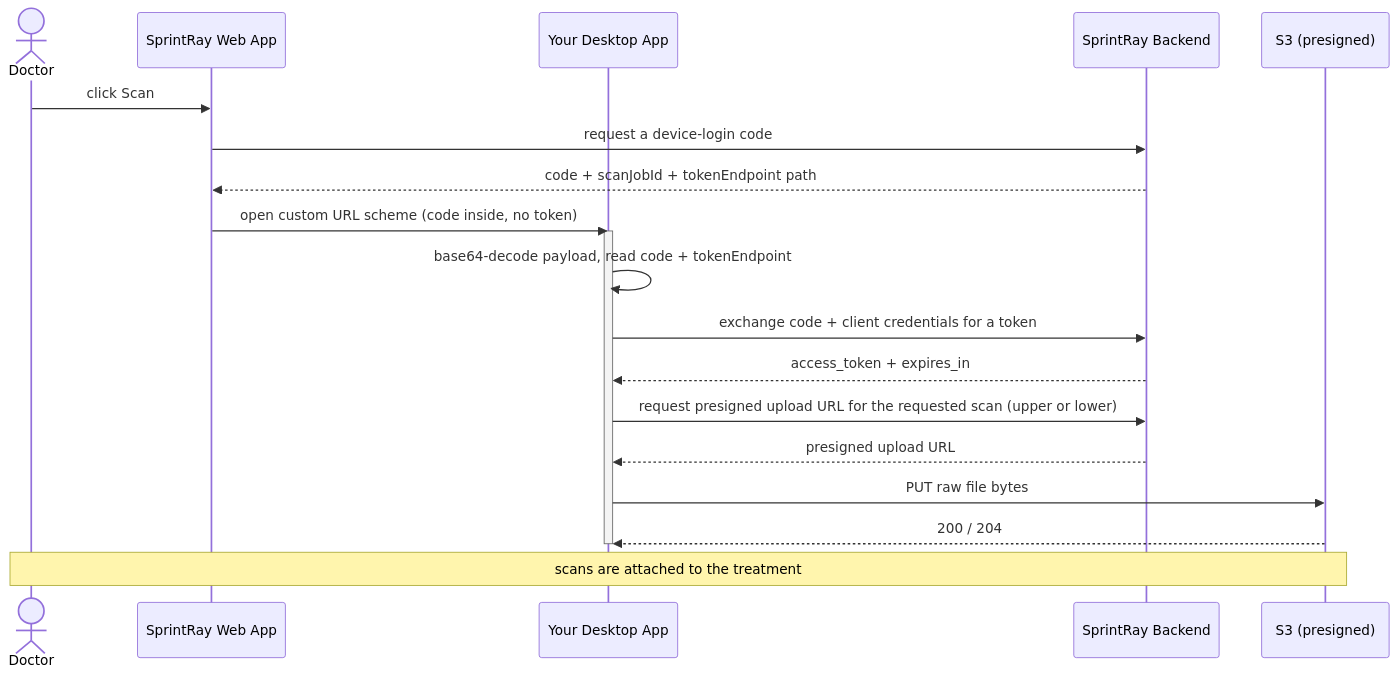
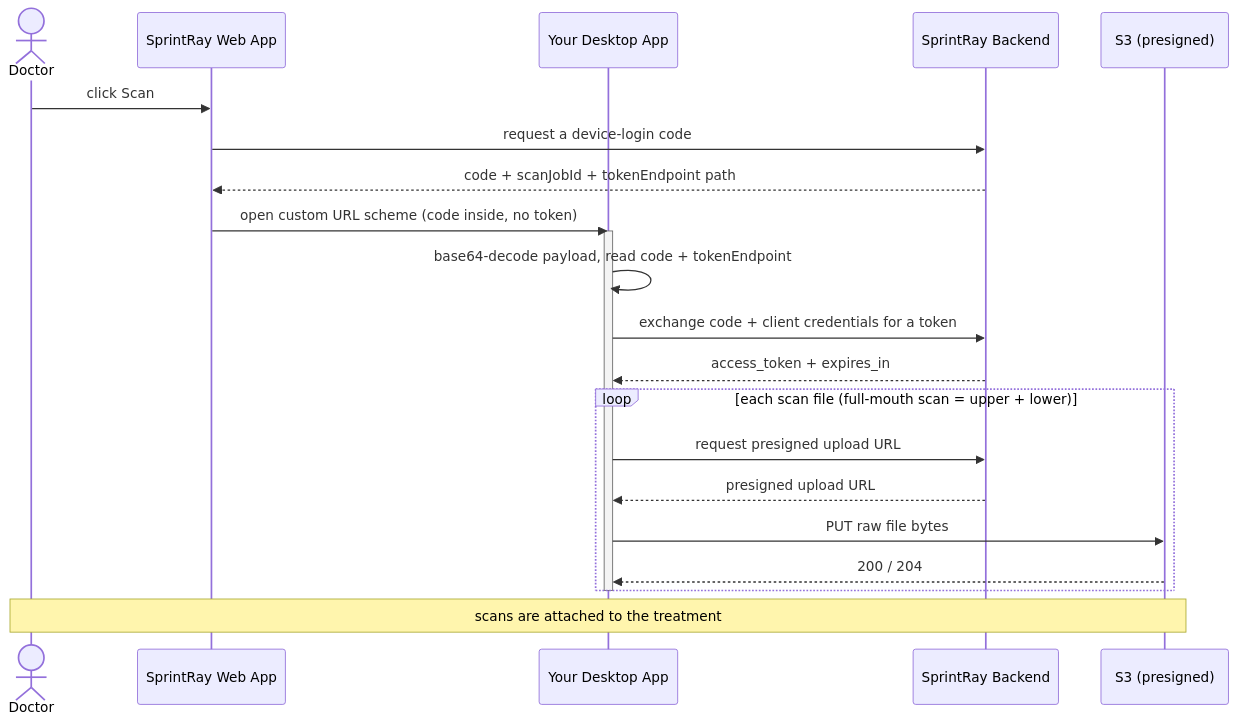
One commit to SprintRay-Software/example-scan-app changed the diagram in README.md. Above: the diagram before and after it, drawn with Mermaid. The commit also changed other lines of this file and 6 other files, not shown here.

First line of the commit message:
feat: upload both arches from a full-mouth scan

````diff
--- a/README.md
+++ b/README.md
@@ -42,23 +43,25 @@
 ```mermaid
 sequenceDiagram
     actor Doctor
     participant Web as SprintRay Web App
     participant App as Your Desktop App
     participant BE as SprintRay Backend
     participant S3 as S3 (presigned)
 
     Doctor->>Web: click Scan
     Web->>BE: request a device-login code
     BE-->>Web: code + scanJobId + tokenEndpoint path
     Web->>App: open custom URL scheme (code inside, no token)
     activate App
     App->>App: base64-decode payload, read code + tokenEndpoint
     App->>BE: exchange code + client credentials for a token
     BE-->>App: access_token + expires_in
-    App->>BE: request presigned upload URL for the requested scan (upper or lower)
-    BE-->>App: presigned upload URL
-    App->>S3: PUT raw file bytes
-    S3-->>App: 200 / 204
+    loop each scan file (full-mouth scan = upper + lower)
+        App->>BE: request presigned upload URL
+        BE-->>App: presigned upload URL
+        App->>S3: PUT raw file bytes
+        S3-->>App: 200 / 204
+    end
     deactivate App
     Note over Doctor,S3: scans are attached to the treatment
 ```
````
